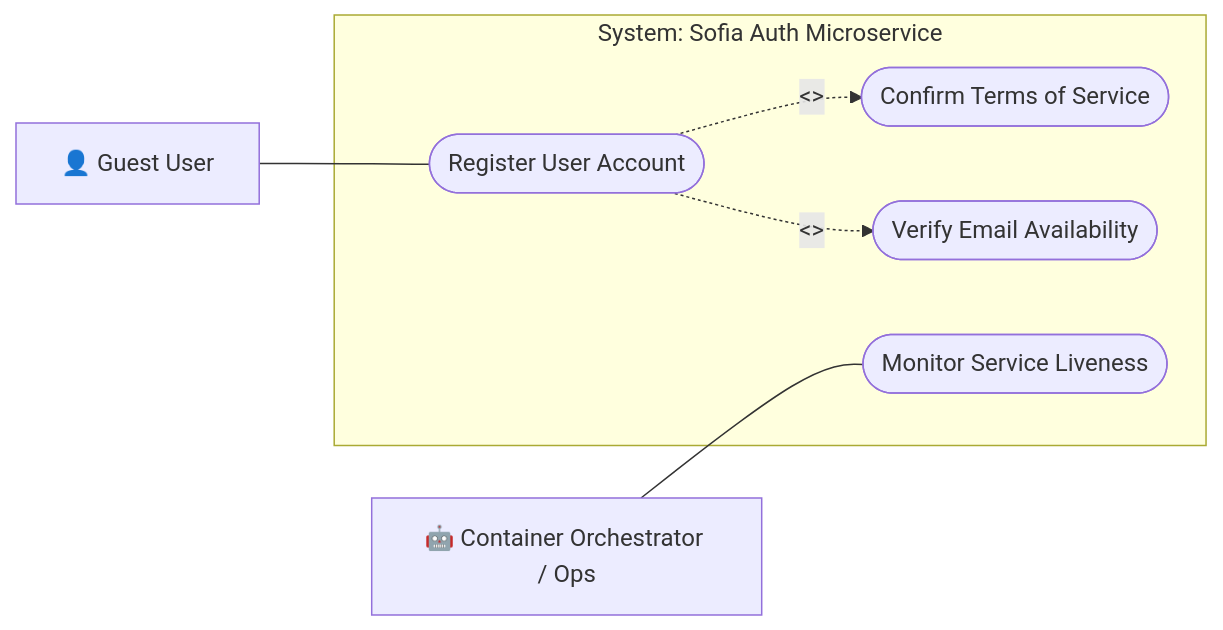
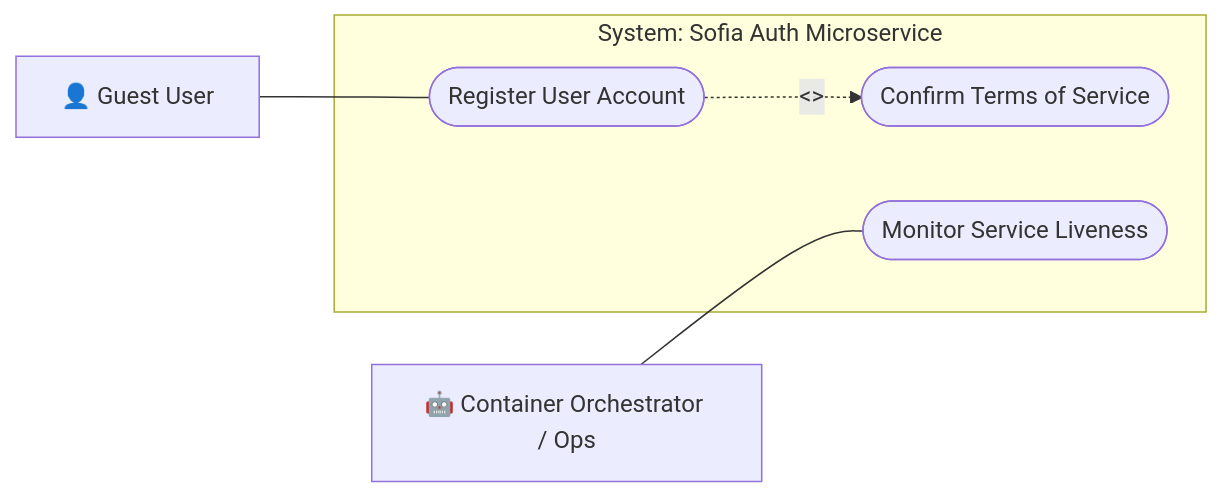
One commit to pedrovtof/Nievo-Sofia changed the diagram in Documentation/config/docs/business-rules/auth-use-cases.md. Above: the diagram before and after it, drawn with Mermaid. The commit also changed other lines of this file and 3 other files, not shown here.

First line of the commit message:
docs(auth): sync signup diagrams and changelog with manual fixes

````diff
--- a/Documentation/config/docs/business-rules/auth-use-cases.md
+++ b/Documentation/config/docs/business-rules/auth-use-cases.md
@@ -10,22 +10,20 @@
 ```mermaid
 flowchart LR
     %% Actors
     actor_guest["👤 Guest User"]
     actor_ops["🤖 Container Orchestrator / Ops"]
 
     %% System Boundary
     subgraph AuthSystem ["System: Sofia Auth Microservice"]
         uc_signup(["Register User Account"])
         uc_accept_terms(["Confirm Terms of Service"])
-        uc_check_email(["Verify Email Availability"])
         uc_health(["Monitor Service Liveness"])
 
         %% Include relationships
         uc_signup -.->|"<<include>>"| uc_accept_terms
-        uc_signup -.->|"<<include>>"| uc_check_email
     end
 
     %% Actor Associations
     actor_guest --- uc_signup
     actor_ops --- uc_health
 ```
````
